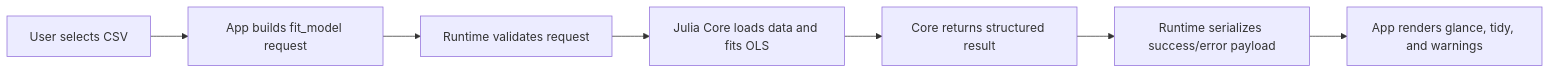
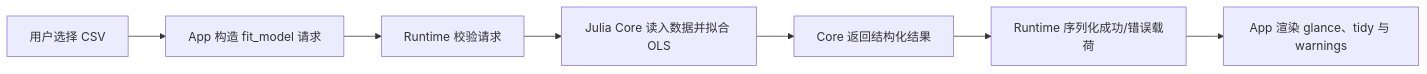
Before and after one commit to skahanium/Metrica: the diagram in docs/superpowers/specs/2026-04-24-metrica-alpha-vertical-slice-design.md, drawn with Mermaid. The commit also changed other lines of this file and 24 other files, not shown here.

````diff
--- a/docs/superpowers/specs/2026-04-24-metrica-alpha-vertical-slice-design.md
+++ b/docs/superpowers/specs/2026-04-24-metrica-alpha-vertical-slice-design.md
@@ -131,9 +131,9 @@
 ```mermaid
 flowchart LR
-    A["User selects CSV"] --> B["App builds fit_model request"]
-    B --> C["Runtime validates request"]
-    C --> D["Julia Core loads data and fits OLS"]
-    D --> E["Core returns structured result"]
-    E --> F["Runtime serializes success/error payload"]
-    F --> G["App renders glance, tidy, and warnings"]
+    A["用户选择 CSV"] --> B["App 构造 fit_model 请求"]
+    B --> C["Runtime 校验请求"]
+    C --> D["Julia Core 读入数据并拟合 OLS"]
+    D --> E["Core 返回结构化结果"]
+    E --> F["Runtime 序列化成功/错误载荷"]
+    F --> G["App 渲染 glance、tidy 与 warnings"]
 ```
````
